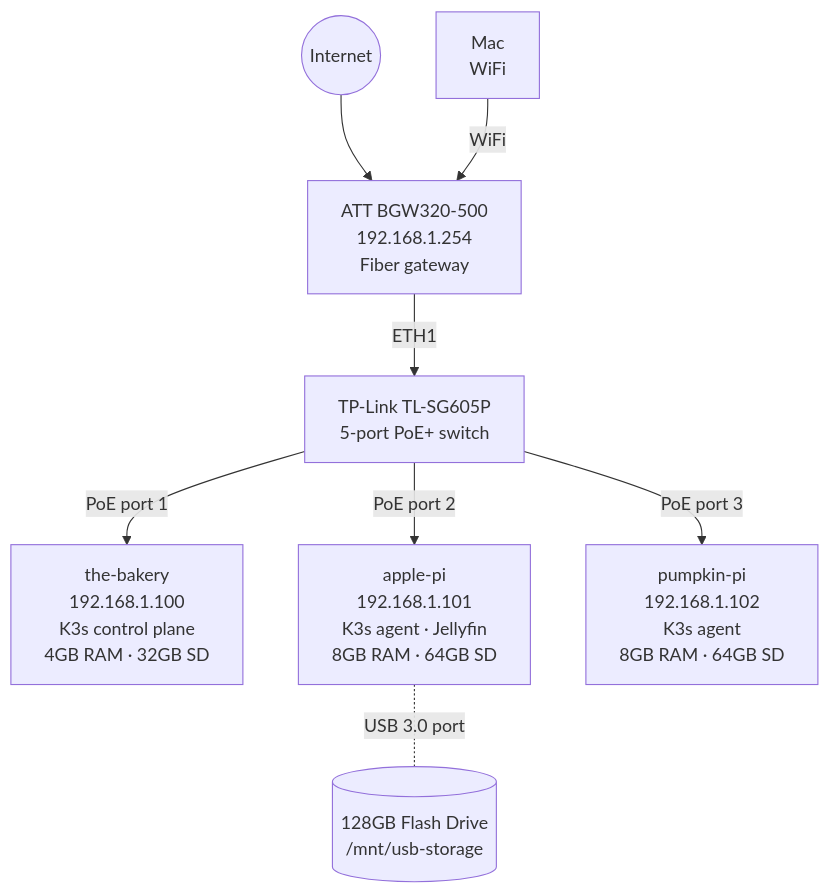
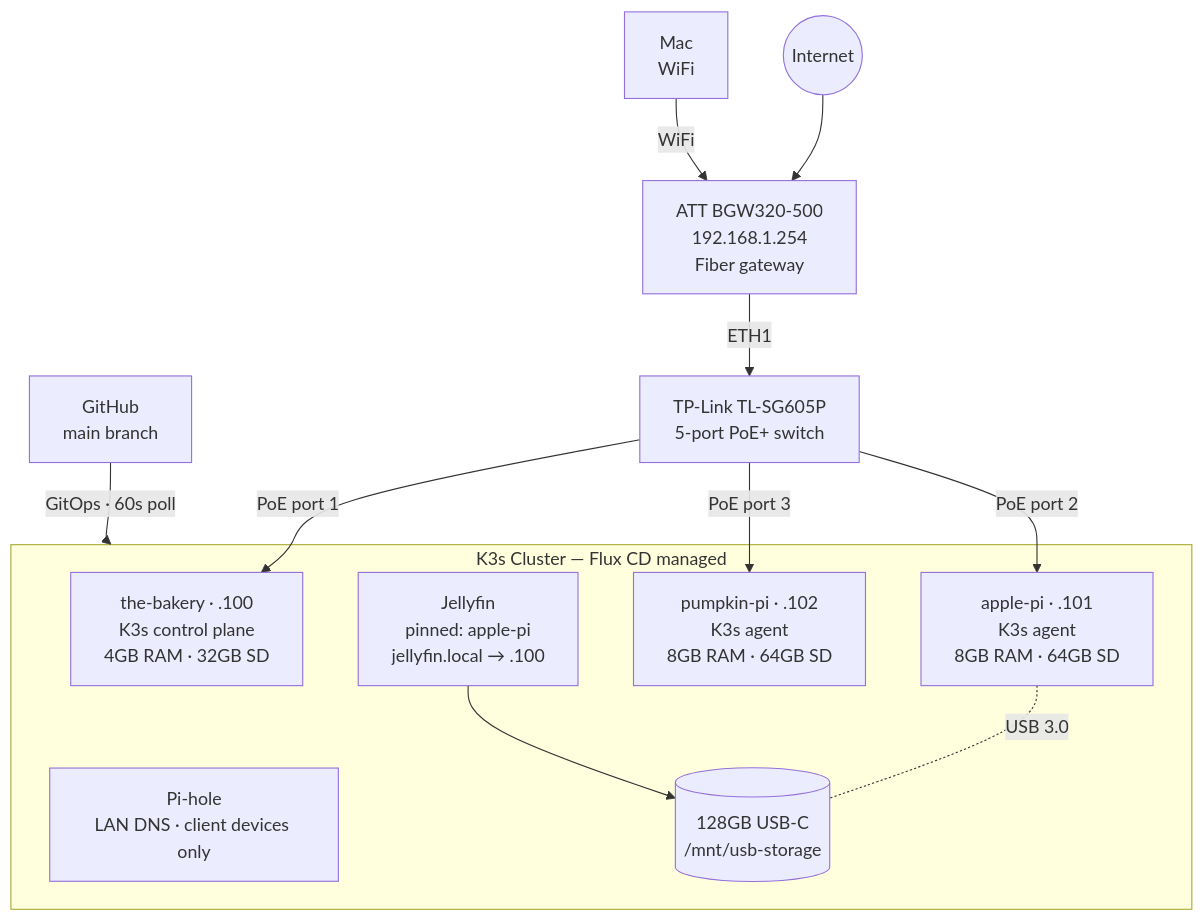
One commit to kdavis586/pi-k3s-homelab changed the diagram in README.md. Above: the diagram before and after it, drawn with Mermaid. The commit also changed other lines of this file, not shown here.

Commit message:
docs: update README to reflect current GitOps state
- Mermaid diagram: add Pi-hole workload, Flux CD GitOps layer, USB
  connection to Jellyfin, jellyfin.local mDNS label, cluster subgraph
- Stack section: add Flux CD and Pi-hole
- Accessing Jellyfin: fix URL (was 192.168.1.101, now jellyfin.local /
  192.168.1.100 per mDNS setup)

````diff
--- a/README.md
+++ b/README.md
@@ -19,19 +19,27 @@
 ```mermaid
 graph TD
     internet((Internet))
     mac[Mac<br/>WiFi]
     att[ATT BGW320-500<br/>192.168.1.254<br/>Fiber gateway]
     switch[TP-Link TL-SG605P<br/>5-port PoE+ switch]
-    bakery[the-bakery<br/>192.168.1.100<br/>K3s control plane<br/>4GB RAM · 32GB SD]
-    apple[apple-pi<br/>192.168.1.101<br/>K3s agent · Jellyfin<br/>8GB RAM · 64GB SD]
-    pumpkin[pumpkin-pi<br/>192.168.1.102<br/>K3s agent<br/>8GB RAM · 64GB SD]
-    usb[(128GB Flash Drive<br/>/mnt/usb-storage)]
+    github[GitHub<br/>main branch]
+
+    subgraph cluster[K3s Cluster — Flux CD managed]
+        bakery[the-bakery · .100<br/>K3s control plane<br/>4GB RAM · 32GB SD]
+        apple[apple-pi · .101<br/>K3s agent<br/>8GB RAM · 64GB SD]
+        pumpkin[pumpkin-pi · .102<br/>K3s agent<br/>8GB RAM · 64GB SD]
+        jellyfin[Jellyfin<br/>pinned: apple-pi<br/>jellyfin.local → .100]
+        pihole[Pi-hole<br/>LAN DNS · client devices only]
+        usb[(128GB USB-C<br/>/mnt/usb-storage)]
+    end
 
     internet --> att
     mac -->|WiFi| att
     att -->|ETH1| switch
     switch -->|PoE port 1| bakery
     switch -->|PoE port 2| apple
     switch -->|PoE port 3| pumpkin
-    apple -.-|USB 3.0 port| usb
+    apple -.-|USB 3.0| usb
+    jellyfin --> usb
+    github -->|GitOps · 60s poll| cluster
 ```
````
